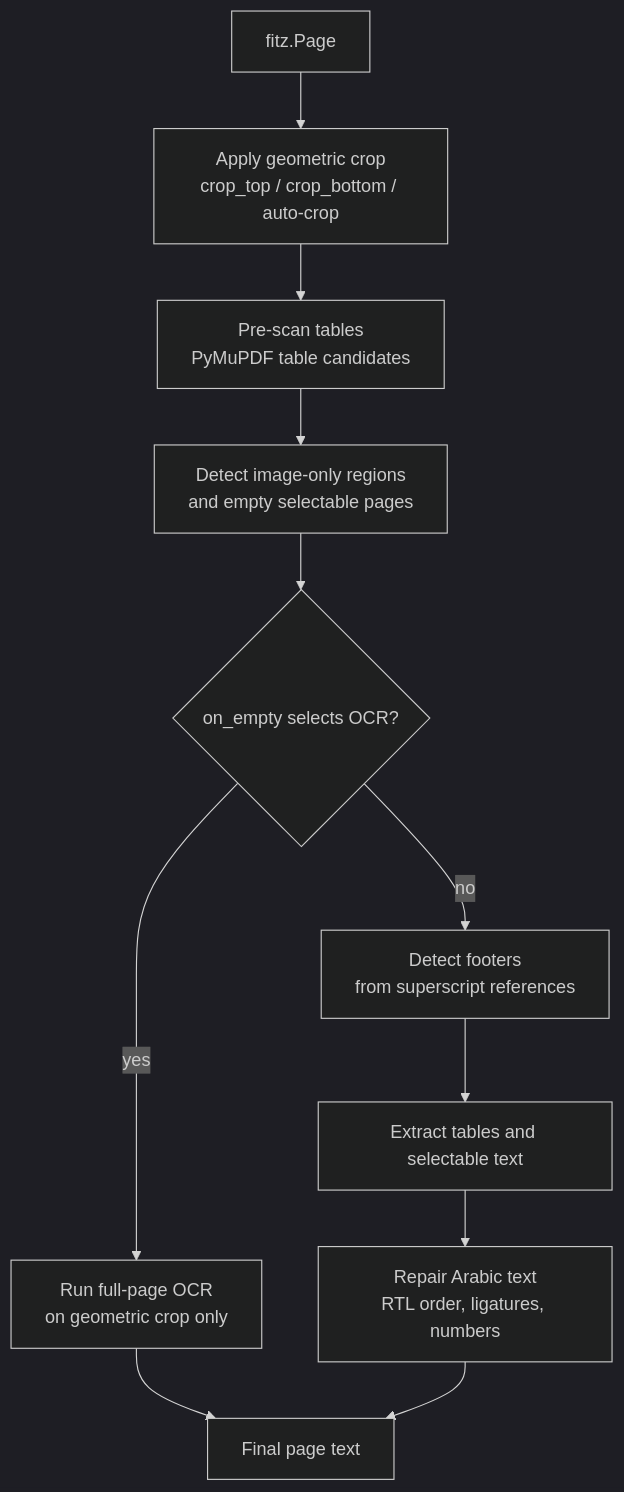
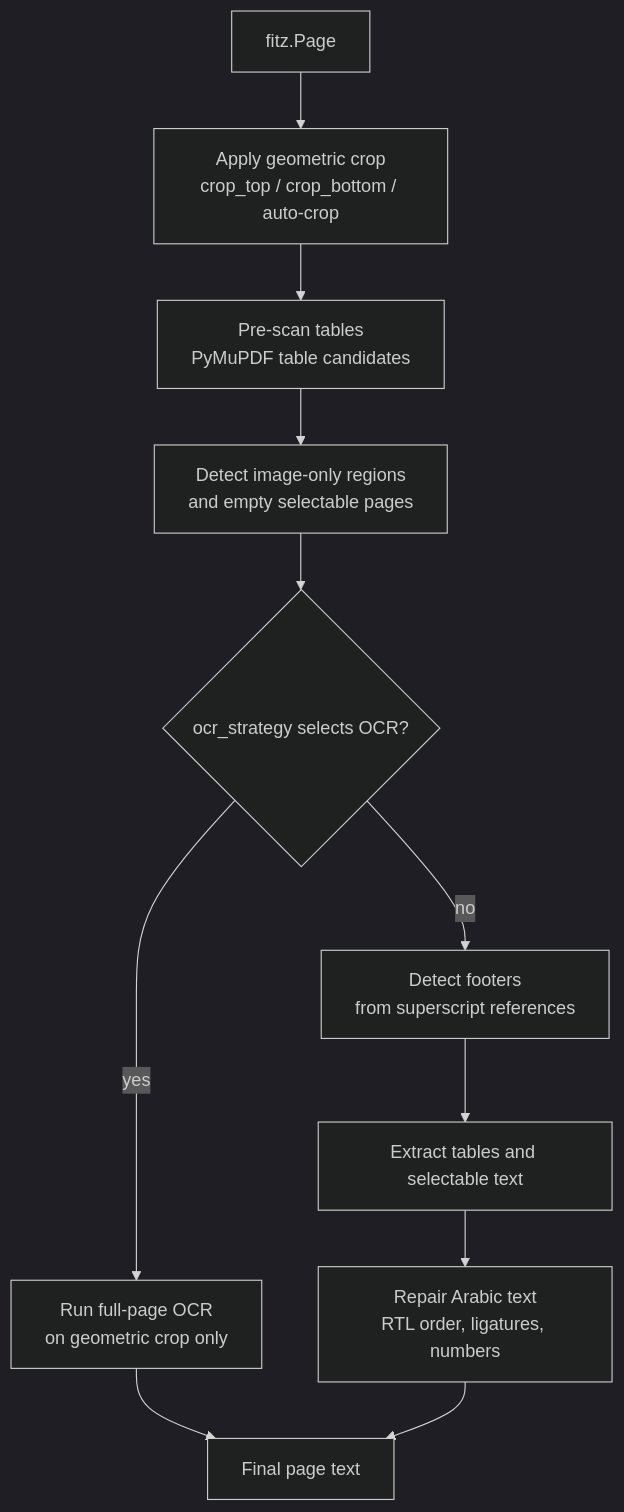
Before and after one commit to TajEddineMarmoul/PDF2Text-Arabic: the first of 3 diagrams in README.md, drawn with Mermaid (dark theme). The commit also changed other lines of this file and 6 other files, not shown here.

Commit message:
feat: introduce ocr_strategy for improved OCR handling and deprecate on_empty alias

````diff
--- a/README.md
+++ b/README.md
@@ -112,13 +112,13 @@
 ```mermaid
 flowchart TD
     A["fitz.Page"] --> B["Apply geometric crop\ncrop_top / crop_bottom / auto-crop"]
     B --> C["Pre-scan tables\nPyMuPDF table candidates"]
     C --> D["Detect image-only regions\nand empty selectable pages"]
-    D --> E{"on_empty selects OCR?"}
+    D --> E{"ocr_strategy selects OCR?"}
     E -- "yes" --> F["Run full-page OCR\non geometric crop only"]
     E -- "no" --> G["Detect footers\nfrom superscript references"]
     G --> H["Extract tables and selectable text"]
     H --> I["Repair Arabic text\nRTL order, ligatures, numbers"]
     F --> J["Final page text"]
     I --> J
 ```
````
